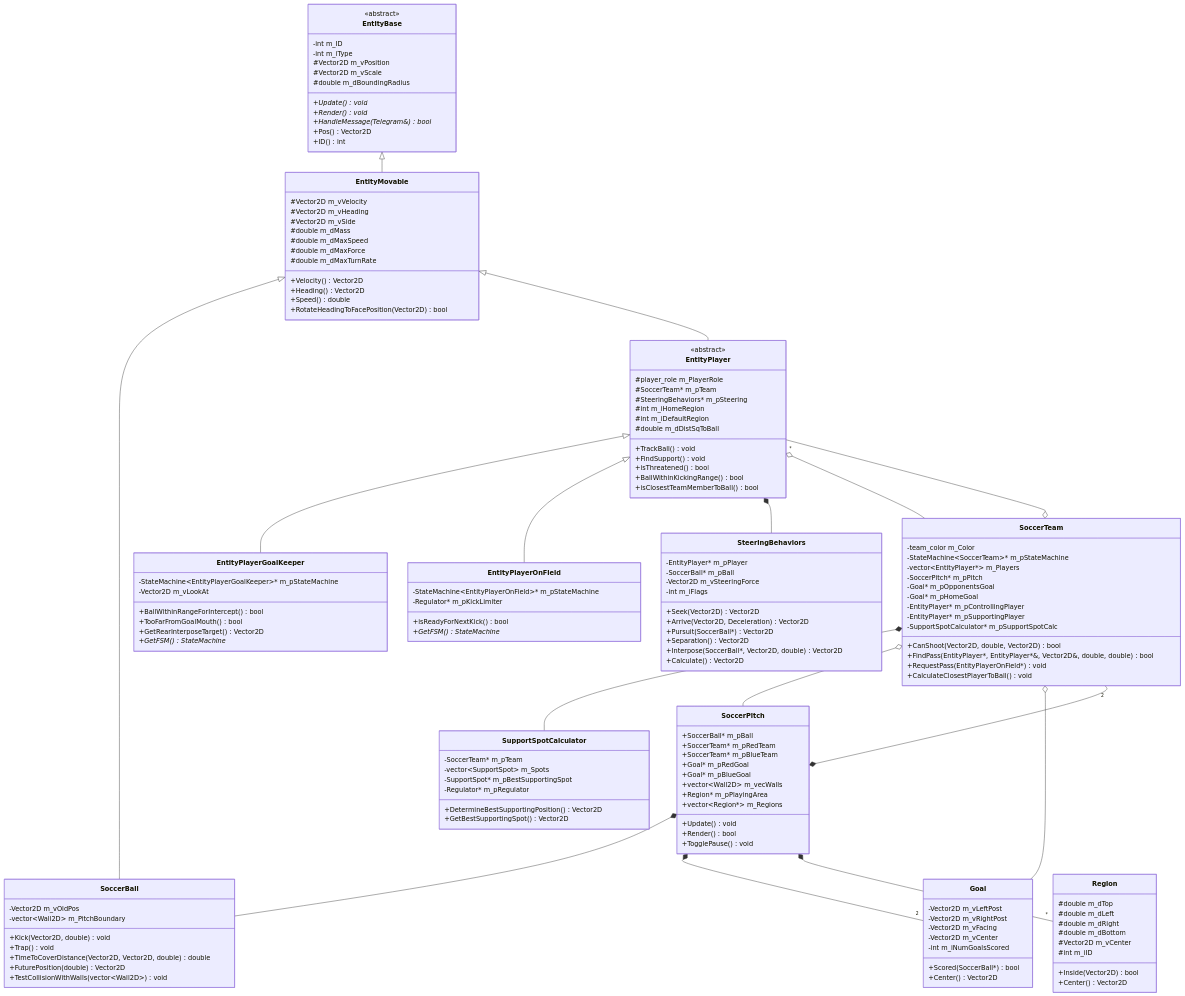
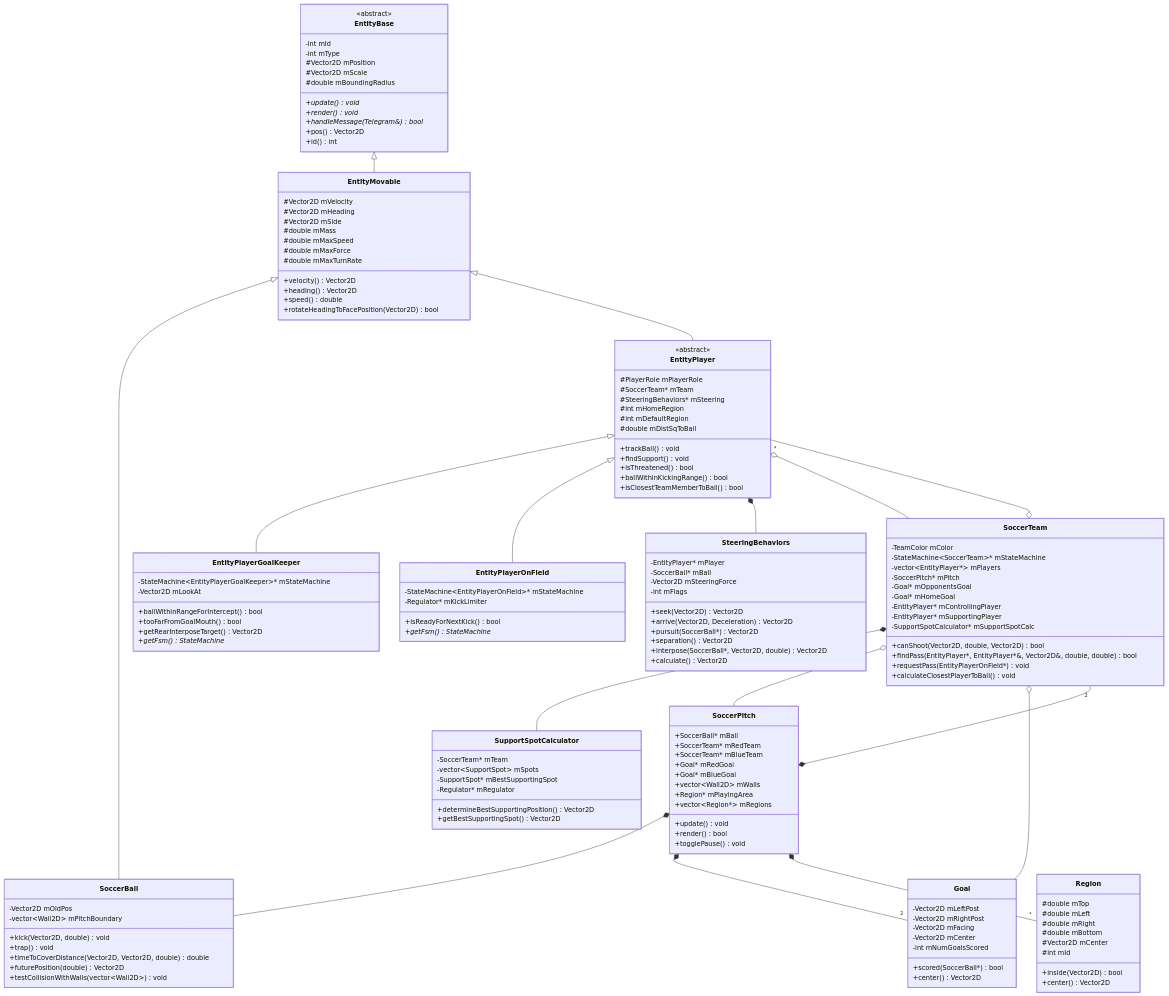
Before and after one commit to blizzardinto/fsm: the first of 7 diagrams in DESIGN.md, drawn with Mermaid. The commit also changed other lines of this file and 78 other files, not shown here.

```diff
--- a/DESIGN.md
+++ b/DESIGN.md
@@ -82,144 +82,144 @@
 
     class EntityBase {
         <<abstract>>
-        -int m_ID
-        -int m_iType
-        #Vector2D m_vPosition
-        #Vector2D m_vScale
-        #double m_dBoundingRadius
-        +Update()* void
-        +Render()* void
-        +HandleMessage(Telegram&)* bool
-        +Pos() Vector2D
-        +ID() int
+        -int mId
+        -int mType
+        #Vector2D mPosition
+        #Vector2D mScale
+        #double mBoundingRadius
+        +update()* void
+        +render()* void
+        +handleMessage(Telegram&)* bool
+        +pos() Vector2D
+        +id() int
     }
 
     class EntityMovable {
-        #Vector2D m_vVelocity
-        #Vector2D m_vHeading
-        #Vector2D m_vSide
-        #double m_dMass
-        #double m_dMaxSpeed
-        #double m_dMaxForce
-        #double m_dMaxTurnRate
-        +Velocity() Vector2D
-        +Heading() Vector2D
-        +Speed() double
-        +RotateHeadingToFacePosition(Vector2D) bool
+        #Vector2D mVelocity
+        #Vector2D mHeading
+        #Vector2D mSide
+        #double mMass
+        #double mMaxSpeed
+        #double mMaxForce
+        #double mMaxTurnRate
+        +velocity() Vector2D
+        +heading() Vector2D
+        +speed() double
+        +rotateHeadingToFacePosition(Vector2D) bool
     }
 
     class SoccerBall {
-        -Vector2D m_vOldPos
-        -vector~Wall2D~ m_PitchBoundary
-        +Kick(Vector2D, double) void
-        +Trap() void
-        +TimeToCoverDistance(Vector2D, Vector2D, double) double
-        +FuturePosition(double) Vector2D
-        +TestCollisionWithWalls(vector~Wall2D~) void
+        -Vector2D mOldPos
+        -vector~Wall2D~ mPitchBoundary
+        +kick(Vector2D, double) void
+        +trap() void
+        +timeToCoverDistance(Vector2D, Vector2D, double) double
+        +futurePosition(double) Vector2D
+        +testCollisionWithWalls(vector~Wall2D~) void
     }
 
     class EntityPlayer {
         <<abstract>>
-        #player_role m_PlayerRole
-        #SoccerTeam* m_pTeam
-        #SteeringBehaviors* m_pSteering
-        #int m_iHomeRegion
-        #int m_iDefaultRegion
-        #double m_dDistSqToBall
-        +TrackBall() void
-        +FindSupport() void
+        #PlayerRole mPlayerRole
+        #SoccerTeam* mTeam
+        #SteeringBehaviors* mSteering
+        #int mHomeRegion
+        #int mDefaultRegion
+        #double mDistSqToBall
+        +trackBall() void
+        +findSupport() void
         +isThreatened() bool
-        +BallWithinKickingRange() bool
+        +ballWithinKickingRange() bool
         +isClosestTeamMemberToBall() bool
     }
 
     class EntityPlayerGoalKeeper {
-        -StateMachine~EntityPlayerGoalKeeper~* m_pStateMachine
-        -Vector2D m_vLookAt
-        +BallWithinRangeForIntercept() bool
-        +TooFarFromGoalMouth() bool
-        +GetRearInterposeTarget() Vector2D
-        +GetFSM() StateMachine*
+        -StateMachine~EntityPlayerGoalKeeper~* mStateMachine
+        -Vector2D mLookAt
+        +ballWithinRangeForIntercept() bool
+        +tooFarFromGoalMouth() bool
+        +getRearInterposeTarget() Vector2D
+        +getFsm() StateMachine*
     }
 
     class EntityPlayerOnField {
-        -StateMachine~EntityPlayerOnField~* m_pStateMachine
-        -Regulator* m_pKickLimiter
+        -StateMachine~EntityPlayerOnField~* mStateMachine
+        -Regulator* mKickLimiter
         +isReadyForNextKick() bool
-        +GetFSM() StateMachine*
+        +getFsm() StateMachine*
     }
 
     class SteeringBehaviors {
-        -EntityPlayer* m_pPlayer
-        -SoccerBall* m_pBall
-        -Vector2D m_vSteeringForce
-        -int m_iFlags
-        +Seek(Vector2D) Vector2D
-        +Arrive(Vector2D, Deceleration) Vector2D
-        +Pursuit(SoccerBall*) Vector2D
-        +Separation() Vector2D
-        +Interpose(SoccerBall*, Vector2D, double) Vector2D
-        +Calculate() Vector2D
+        -EntityPlayer* mPlayer
+        -SoccerBall* mBall
+        -Vector2D mSteeringForce
+        -int mFlags
+        +seek(Vector2D) Vector2D
+        +arrive(Vector2D, Deceleration) Vector2D
+        +pursuit(SoccerBall*) Vector2D
+        +separation() Vector2D
+        +interpose(SoccerBall*, Vector2D, double) Vector2D
+        +calculate() Vector2D
     }
 
     class SoccerTeam {
-        -team_color m_Color
-        -StateMachine~SoccerTeam~* m_pStateMachine
-        -vector~EntityPlayer*~ m_Players
-        -SoccerPitch* m_pPitch
-        -Goal* m_pOpponentsGoal
-        -Goal* m_pHomeGoal
-        -EntityPlayer* m_pControllingPlayer
-        -EntityPlayer* m_pSupportingPlayer
-        -SupportSpotCalculator* m_pSupportSpotCalc
-        +CanShoot(Vector2D, double, Vector2D) bool
-        +FindPass(EntityPlayer*, EntityPlayer*&, Vector2D&, double, double) bool
-        +RequestPass(EntityPlayerOnField*) void
-        +CalculateClosestPlayerToBall() void
+        -TeamColor mColor
+        -StateMachine~SoccerTeam~* mStateMachine
+        -vector~EntityPlayer*~ mPlayers
+        -SoccerPitch* mPitch
+        -Goal* mOpponentsGoal
+        -Goal* mHomeGoal
+        -EntityPlayer* mControllingPlayer
+        -EntityPlayer* mSupportingPlayer
+        -SupportSpotCalculator* mSupportSpotCalc
+        +canShoot(Vector2D, double, Vector2D) bool
+        +findPass(EntityPlayer*, EntityPlayer*&, Vector2D&, double, double) bool
+        +requestPass(EntityPlayerOnField*) void
+        +calculateClosestPlayerToBall() void
     }
 
     class SoccerPitch {
-        +SoccerBall* m_pBall
-        +SoccerTeam* m_pRedTeam
-        +SoccerTeam* m_pBlueTeam
-        +Goal* m_pRedGoal
-        +Goal* m_pBlueGoal
-        +vector~Wall2D~ m_vecWalls
-        +Region* m_pPlayingArea
-        +vector~Region*~ m_Regions
-        +Update() void
-        +Render() bool
-        +TogglePause() void
+        +SoccerBall* mBall
+        +SoccerTeam* mRedTeam
+        +SoccerTeam* mBlueTeam
+        +Goal* mRedGoal
+        +Goal* mBlueGoal
+        +vector~Wall2D~ mWalls
+        +Region* mPlayingArea
+        +vector~Region*~ mRegions
+        +update() void
+        +render() bool
+        +togglePause() void
     }
 
     class SupportSpotCalculator {
-        -SoccerTeam* m_pTeam
-        -vector~SupportSpot~ m_Spots
-        -SupportSpot* m_pBestSupportingSpot
-        -Regulator* m_pRegulator
-        +DetermineBestSupportingPosition() Vector2D
-        +GetBestSupportingSpot() Vector2D
+        -SoccerTeam* mTeam
+        -vector~SupportSpot~ mSpots
+        -SupportSpot* mBestSupportingSpot
+        -Regulator* mRegulator
+        +determineBestSupportingPosition() Vector2D
+        +getBestSupportingSpot() Vector2D
     }
 
     class Goal {
-        -Vector2D m_vLeftPost
-        -Vector2D m_vRightPost
-        -Vector2D m_vFacing
-        -Vector2D m_vCenter
-        -int m_iNumGoalsScored
-        +Scored(SoccerBall*) bool
-        +Center() Vector2D
+        -Vector2D mLeftPost
+        -Vector2D mRightPost
+        -Vector2D mFacing
+        -Vector2D mCenter
+        -int mNumGoalsScored
+        +scored(SoccerBall*) bool
+        +center() Vector2D
     }
 
     class Region {
-        #double m_dTop
-        #double m_dLeft
-        #double m_dRight
-        #double m_dBottom
-        #Vector2D m_vCenter
-        #int m_iID
-        +Inside(Vector2D) bool
-        +Center() Vector2D
+        #double mTop
+        #double mLeft
+        #double mRight
+        #double mBottom
+        #Vector2D mCenter
+        #int mId
+        +inside(Vector2D) bool
+        +center() Vector2D
     }
 
     EntityBase <|-- EntityMovable
```
